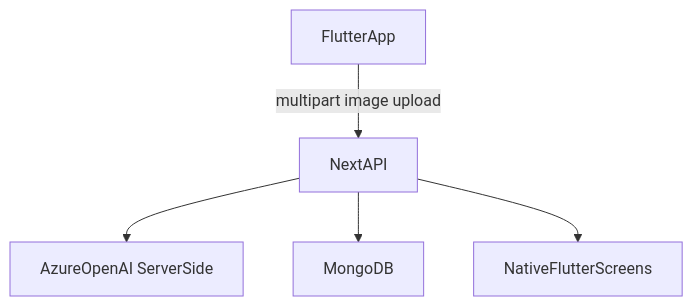
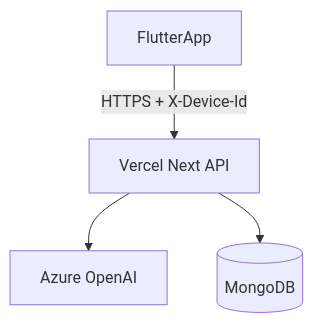
One commit to SuperWallaby/math-lens-tutor changed the diagram in docs/mobile-app-store-guide-ko.md. Above: the diagram before and after it, drawn with Mermaid. The commit also changed other lines of this file, not shown here.

Commit message:
docs: Flutter 스토어 출시 가이드 재작성 (Azure/Vercel/익명 기기 ID)

````diff
--- a/docs/mobile-app-store-guide-ko.md
+++ b/docs/mobile-app-store-guide-ko.md
@@ -16,7 +19,6 @@
 ```mermaid
 flowchart TD
-  flutterApp[FlutterApp] -->|"multipart image upload"| nextApi[NextAPI]
-  nextApi --> azure[AzureOpenAI ServerSide]
-  nextApi --> mongo[MongoDB]
-  nextApi --> flutterUi[NativeFlutterScreens]
+  app[FlutterApp] -->|"HTTPS + X-Device-Id"| vercel[Vercel Next API]
+  vercel --> azure[Azure OpenAI]
+  vercel --> mongo[(MongoDB)]
 ```
````
